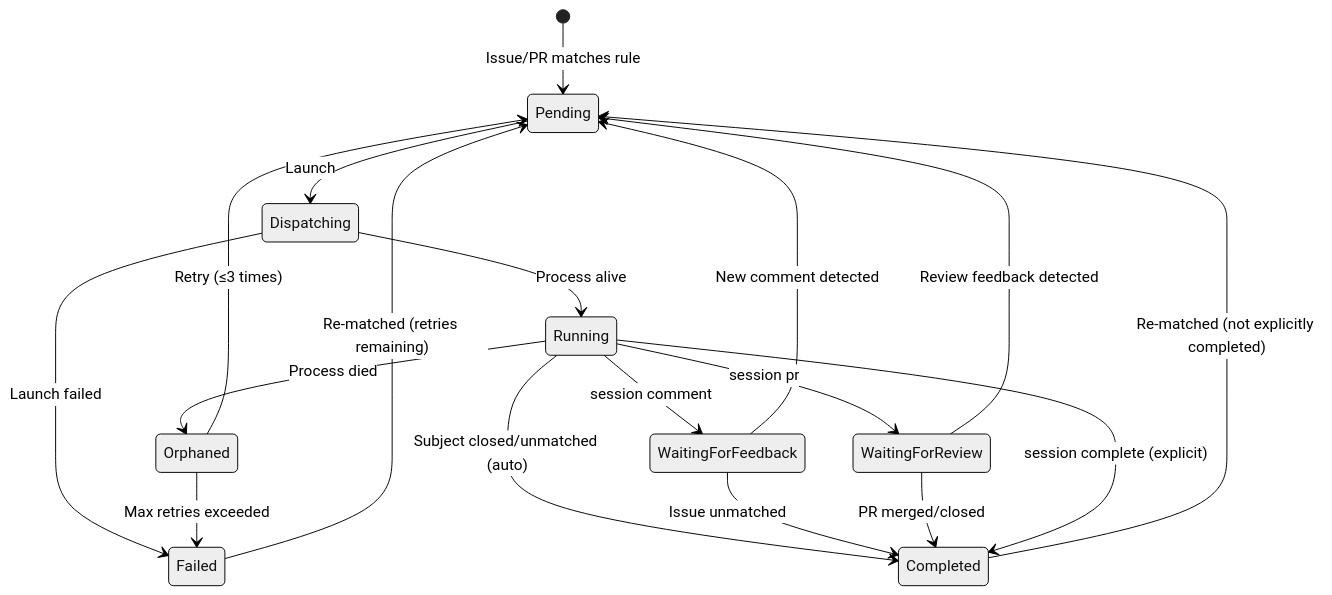
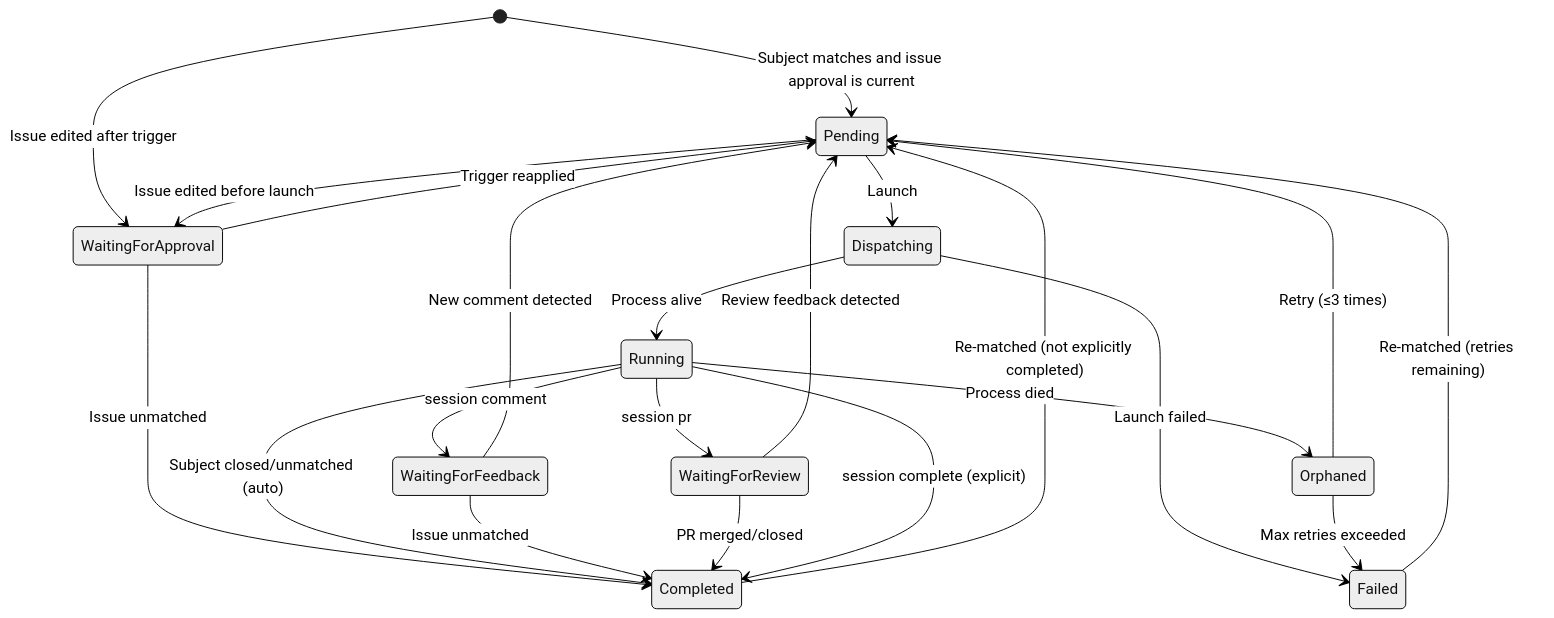
One commit to DamianEdwards/copilotd changed the diagram in README.md. Above: the diagram before and after it, drawn with Mermaid (neutral theme). The commit also changed other lines of this file and 14 other files, not shown here.

First line of the commit message:
Prevent dispatch after approved issues are edited (#217)

````diff
--- a/README.md
+++ b/README.md
@@ -225,27 +225,32 @@
 ```mermaid
 stateDiagram-v2
-    [*] --> Pending : Issue/PR matches rule
+    [*] --> Pending : Subject matches and issue approval is current
+    [*] --> WaitingForApproval : Issue edited after trigger
+
+    WaitingForApproval --> Pending : Trigger reapplied
+    WaitingForApproval --> Completed : Issue unmatched
+    Pending --> WaitingForApproval : Issue edited before launch
 
     Pending --> Dispatching : Launch
     Dispatching --> Running : Process alive
     Dispatching --> Failed : Launch failed
 
     Running --> Orphaned : Process died
     Running --> Completed : Subject closed/unmatched (auto)
     Running --> WaitingForFeedback : session comment
     Running --> WaitingForReview : session pr
 
     Orphaned --> Pending : Retry (≤3 times)
     Orphaned --> Failed : Max retries exceeded
 
     WaitingForFeedback --> Pending : New comment detected
     WaitingForFeedback --> Completed : Issue unmatched
 
     WaitingForReview --> Pending : Review feedback detected
     WaitingForReview --> Completed : PR merged/closed
 
     Completed --> Pending : Re-matched (not explicitly completed)
     Failed --> Pending : Re-matched (retries remaining)
 
     Running --> Completed : session complete (explicit)
 ```
````
